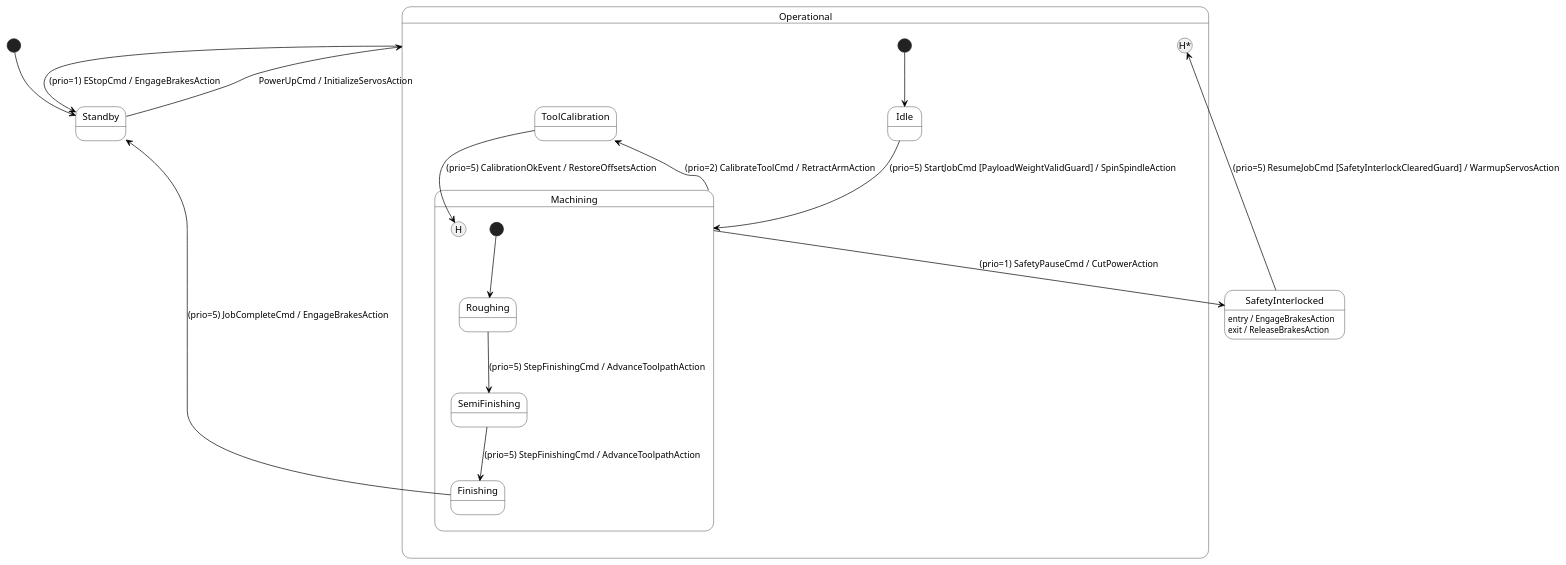
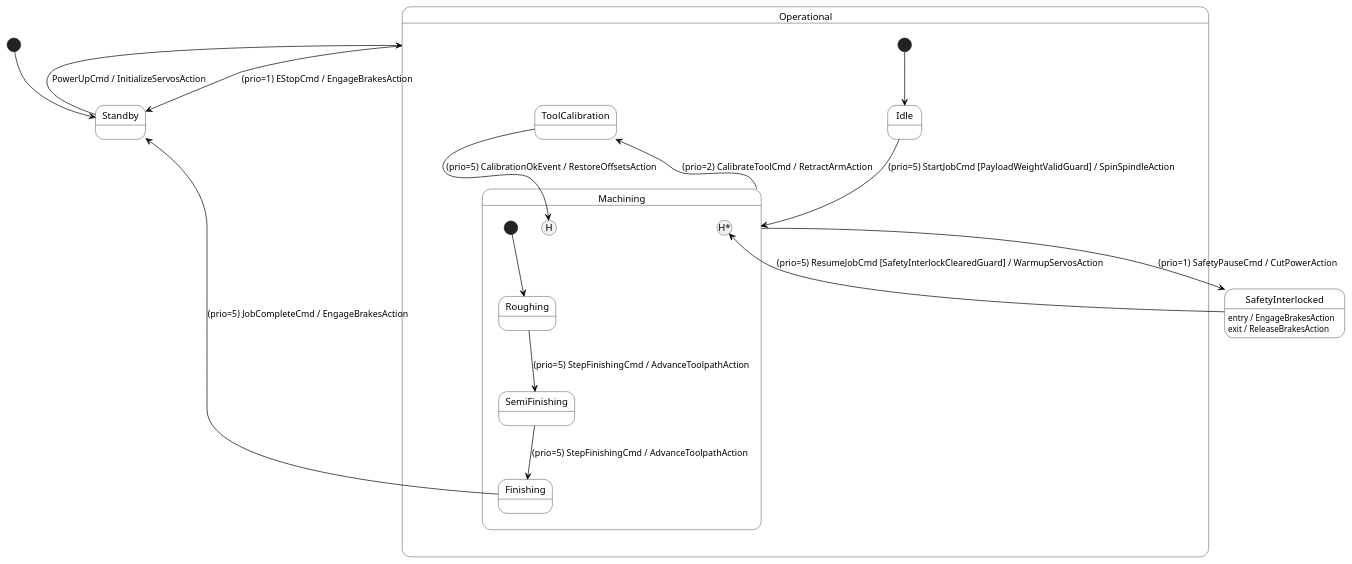
Before and after one commit to simoneCavalleri/fsmc: the diagram in examples/02_advanced_semantics/robotic_arm_sequencer/robotic_arm.puml, drawn with PlantUML.

Commit message:
fix(examples): target Machining[H*] on SafetyInterlocked resume in robotic_arm.puml

```diff
--- a/examples/02_advanced_semantics/robotic_arm_sequencer/robotic_arm.puml
+++ b/examples/02_advanced_semantics/robotic_arm_sequencer/robotic_arm.puml
@@ -1,59 +1,59 @@
 @startuml RoboticArmFSM
 skinparam monochrome true
 skinparam state {
   BackgroundColor White
   BorderColor Black
   ArrowColor Black
 }
 
 ' ============================================================================
 ' OMG PlantUML State Machine: 6-DOF Industrial Robotic Tool Sequencer
 ' Demonstrating: Deep History [H*], Nested Compound States, Typed MBSE Ports
 ' ============================================================================
 
 ' Typed MBSE I/O Ports with range bounds
 ' @fsm:port name=payload_weight_kg type=float32 dir=in min=0.0 max=35.0
 ' @fsm:port name=motor_torque_nm type=float32 dir=out min=0.0 max=250.0
 ' @fsm:port name=tool_gripper_closed type=bool dir=out
 ' @fsm:port name=emergency_stop type=bool dir=in
 
 [*] --> Standby
 
 state Standby
 
 Standby --> Operational : PowerUpCmd / InitializeServosAction
 
 state Operational {
     [*] --> Idle
 
     state Idle
 
     state Machining {
         [*] --> Roughing
 
         state Roughing
         state SemiFinishing
         state Finishing
 
         Roughing --> SemiFinishing : (prio=5) StepFinishingCmd / AdvanceToolpathAction
         SemiFinishing --> Finishing : (prio=5) StepFinishingCmd / AdvanceToolpathAction
     }
 
     state ToolCalibration
 
     Idle --> Machining : (prio=5) StartJobCmd [PayloadWeightValidGuard] / SpinSpindleAction
     Machining --> ToolCalibration : (prio=2) CalibrateToolCmd / RetractArmAction
     ToolCalibration --> Machining[H] : (prio=5) CalibrationOkEvent / RestoreOffsetsAction
 }
 
 state SafetyInterlocked {
     SafetyInterlocked : entry / EngageBrakesAction
     SafetyInterlocked : exit / ReleaseBrakesAction
 }
 
 Machining --> SafetyInterlocked : (prio=1) SafetyPauseCmd / CutPowerAction
-SafetyInterlocked --> Operational[H*] : (prio=5) ResumeJobCmd [SafetyInterlockClearedGuard] / WarmupServosAction
+SafetyInterlocked --> Machining[H*] : (prio=5) ResumeJobCmd [SafetyInterlockClearedGuard] / WarmupServosAction
 Finishing --> Standby : (prio=5) JobCompleteCmd / EngageBrakesAction
 Operational --> Standby : (prio=1) EStopCmd / EngageBrakesAction
 
 @enduml
```
